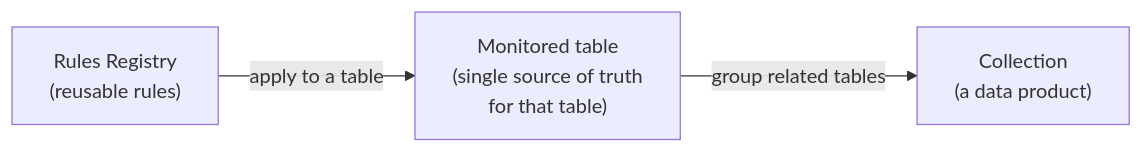
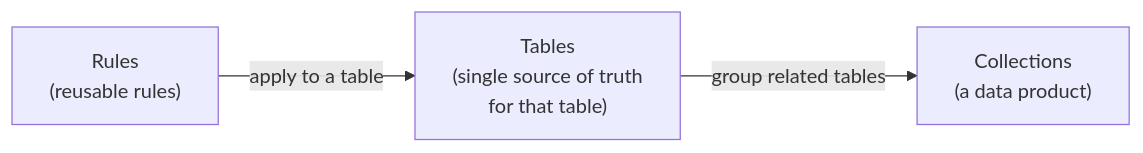
One commit to databrickslabs/dqx changed the first of 2 diagrams in docs/dqx/docs/studio/start-here/key-concepts.mdx. Above: the diagram before and after it, drawn with Mermaid. The commit also changed other lines of this file and 3 other files, not shown here.

First line of the commit message:
docs(studio): address doc feedback — severity mapping, ODCS, contract options, cross-table rules

````diff
--- a/docs/dqx/docs/studio/start-here/key-concepts.mdx
+++ b/docs/dqx/docs/studio/start-here/key-concepts.mdx
@@ -43,5 +43,5 @@
 ```mermaid
 flowchart LR
-  A["Rules Registry<br/>(reusable rules)"] -->|apply to a table| B["Monitored table<br/>(single source of truth<br/>for that table)"]
-  B -->|group related tables| C["Collection<br/>(a data product)"]
+  A["Rules<br/>(reusable rules)"] -->|apply to a table| B["Tables<br/>(single source of truth<br/>for that table)"]
+  B -->|group related tables| C["Collections<br/>(a data product)"]
 ```
````
